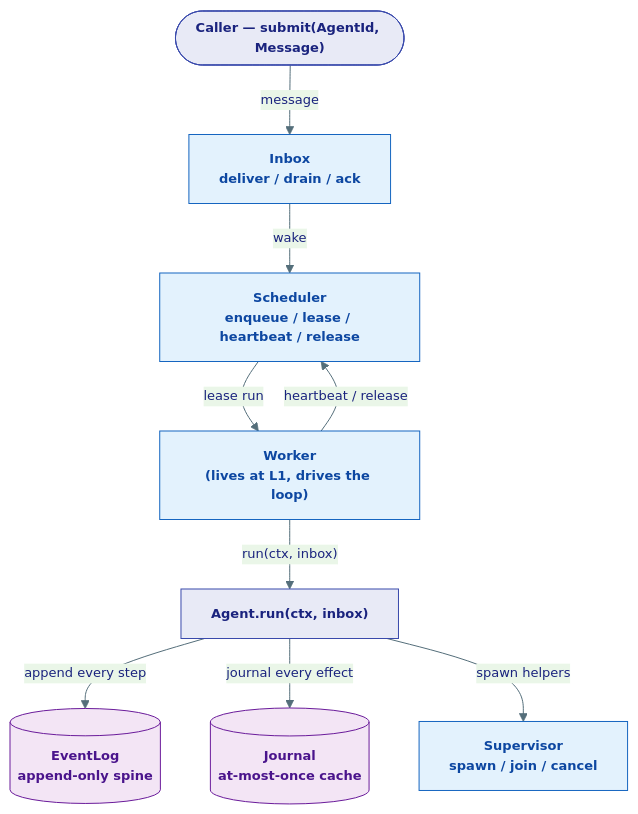
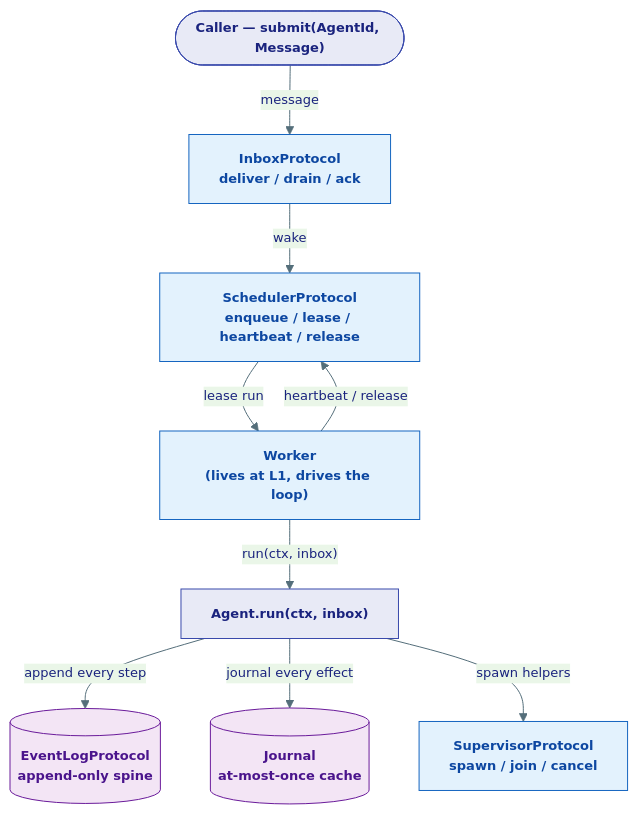
Before and after one commit to Ravikumarchavva/agent-substrate: the first of 6 diagrams in agents/agent-substrate/docs/kernel/07-runtime.md, drawn with Mermaid. The commit also changed other lines of this file and 133 other files, not shown here.

First line of the commit message:
Refactor EventLog and related components to EventLogProtocol; update tests accordingly

````diff
--- a/agents/agent-substrate/docs/kernel/07-runtime.md
+++ b/agents/agent-substrate/docs/kernel/07-runtime.md
@@ -42,25 +42,25 @@
 ```mermaid
 %%{init: {'theme': 'base', 'themeVariables': {'primaryColor': '#E8EAF6','primaryTextColor': '#1A237E','primaryBorderColor': '#3949AB','lineColor': '#546E7A','fontSize': '13px'}}}%%
 flowchart TB
     classDef runtime fill:#E3F2FD,stroke:#1565C0,color:#0D47A1,font-weight:bold
     classDef agent fill:#E8EAF6,stroke:#3949AB,color:#1A237E,font-weight:bold
     classDef store fill:#F3E5F5,stroke:#6A1B9A,color:#4A148C,font-weight:bold
 
     C(["Caller — submit(AgentId, Message)"]):::agent
-    INB["Inbox<br/>deliver / drain / ack"]:::runtime
-    SCH["Scheduler<br/>enqueue / lease / heartbeat / release"]:::runtime
+    INB["InboxProtocol<br/>deliver / drain / ack"]:::runtime
+    SCH["SchedulerProtocol<br/>enqueue / lease / heartbeat / release"]:::runtime
     WK["Worker<br/>(lives at L1, drives the loop)"]:::runtime
     AG["Agent.run(ctx, inbox)"]:::agent
-    EL[("EventLog<br/>append-only spine")]:::store
+    EL[("EventLogProtocol<br/>append-only spine")]:::store
     JN[("Journal<br/>at-most-once cache")]:::store
-    SUP["Supervisor<br/>spawn / join / cancel"]:::runtime
+    SUP["SupervisorProtocol<br/>spawn / join / cancel"]:::runtime
 
     C -->|"message"| INB
     INB -->|"wake"| SCH
     SCH -->|"lease run"| WK
     WK -->|"run(ctx, inbox)"| AG
     AG -->|"append every step"| EL
     AG -->|"journal every effect"| JN
     AG -->|"spawn helpers"| SUP
     WK -->|"heartbeat / release"| SCH
 ```
````
